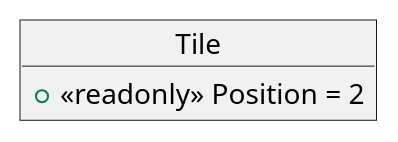
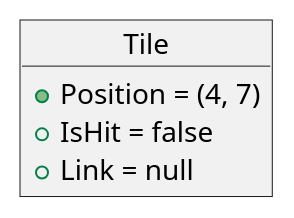
One commit to mightytry/GFS_Spiel changed the diagram in Diagram/Tile.puml. Above: the diagram before and after it, drawn with PlantUML. The commit also changed 3 other files, not shown here.

```diff
--- a/Diagram/Tile.puml
+++ b/Diagram/Tile.puml
@@ -1,3 +1,5 @@
 object Tile{
-    + <<readonly>> Position = 2
+    +Position = (4, 7)
+    +IsHit = false
+    +Link = null
 }
```
